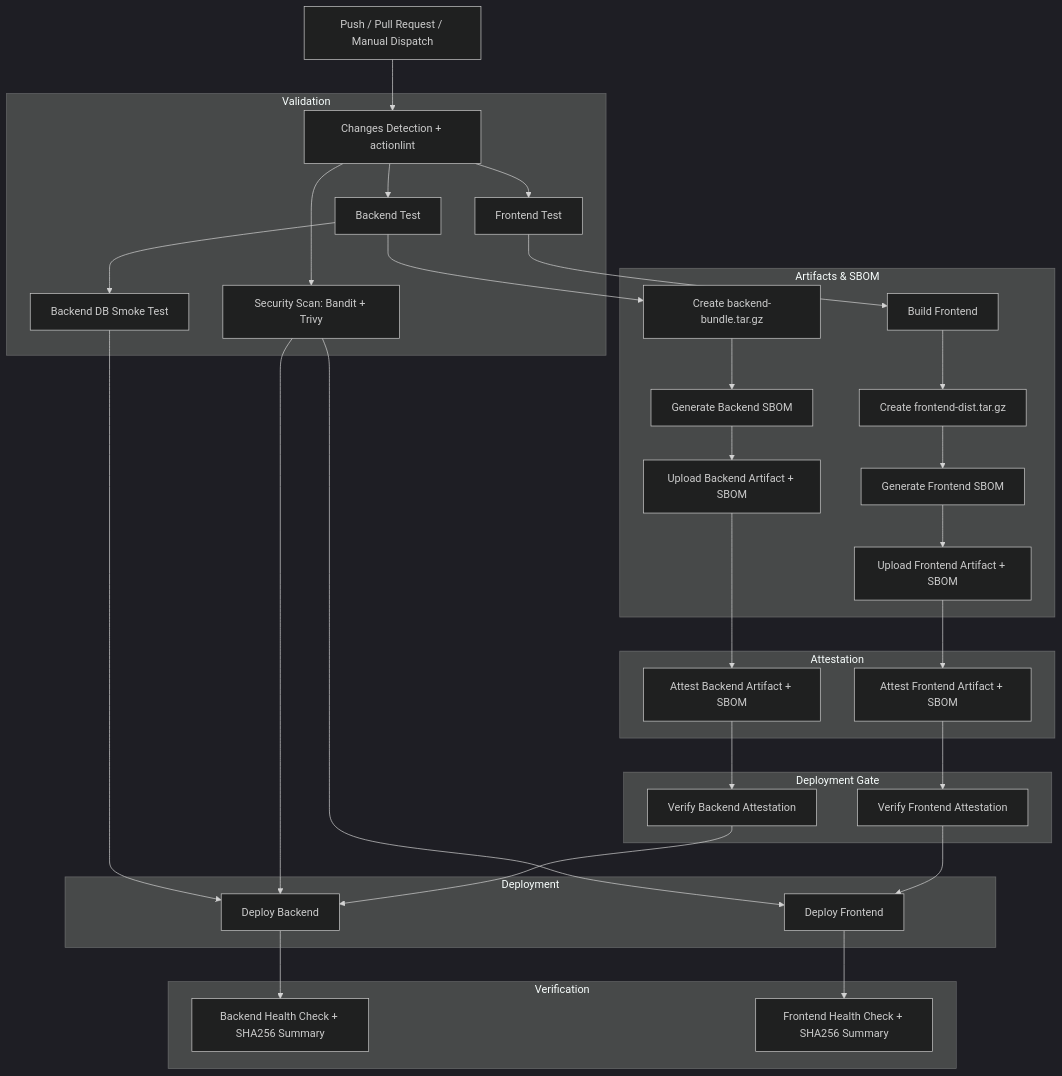
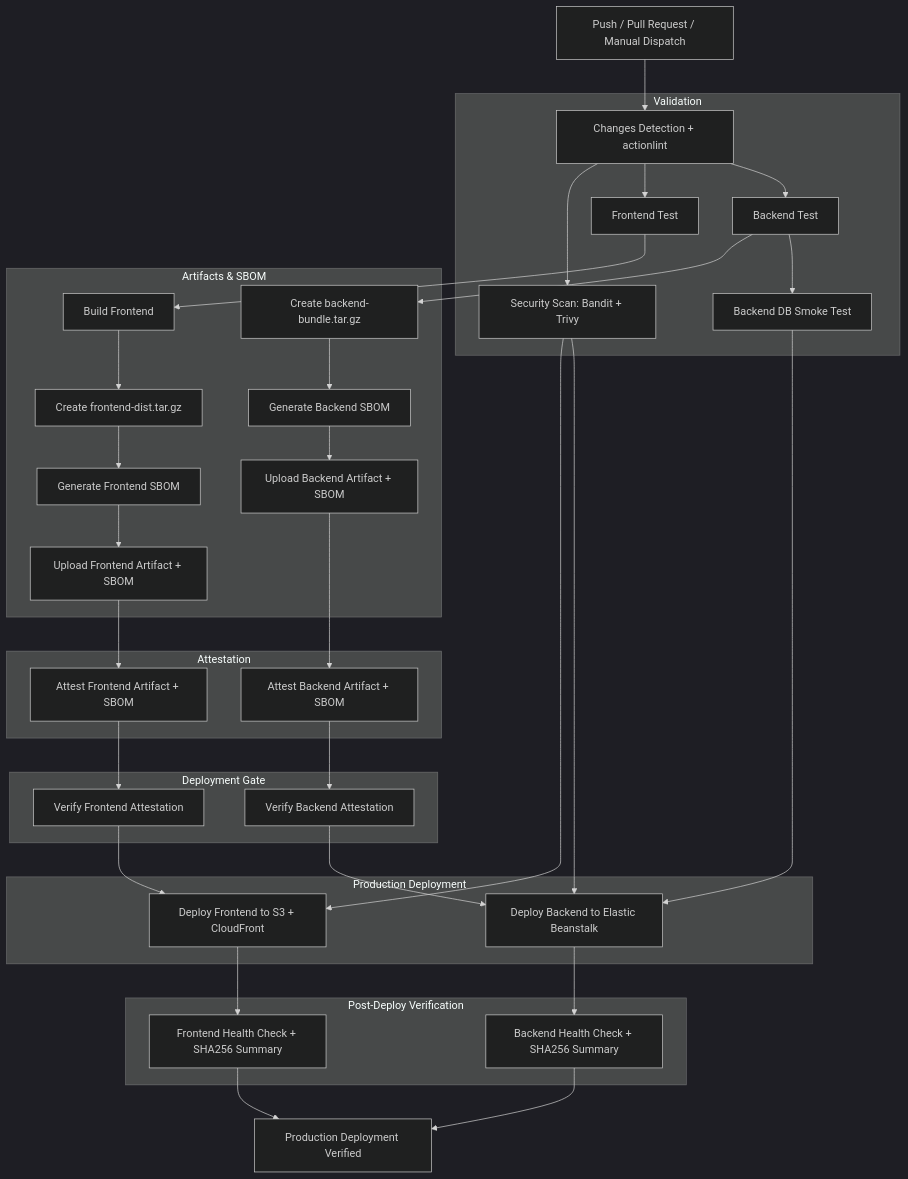
Before and after one commit to GearJP2/agriscan-pro: the first of 3 diagrams in docs/CI_Security_Workflow.md, drawn with Mermaid (dark theme). The commit also changed other lines of this file, not shown here.

First line of the commit message:
docs: update CI/CD security workflow status and diagrams

````diff
--- a/docs/CI_Security_Workflow.md
+++ b/docs/CI_Security_Workflow.md
@@ -518,45 +563,48 @@
 ```mermaid
 graph TD
     A[Push / Pull Request / Manual Dispatch] --> B[Changes Detection + actionlint]
 
-    subgraph "Validation"
+    subgraph V[Validation]
         B --> C[Backend Test]
         B --> D[Frontend Test]
         B --> E[Security Scan: Bandit + Trivy]
         C --> F[Backend DB Smoke Test]
     end
 
-    subgraph "Artifacts & SBOM"
+    subgraph AS[Artifacts & SBOM]
         C --> C1[Create backend-bundle.tar.gz]
         C1 --> C2[Generate Backend SBOM]
         C2 --> C3[Upload Backend Artifact + SBOM]
 
         D --> D1[Build Frontend]
         D1 --> D2[Create frontend-dist.tar.gz]
         D2 --> D3[Generate Frontend SBOM]
         D3 --> D4[Upload Frontend Artifact + SBOM]
     end
 
-    subgraph "Attestation"
+    subgraph AT[Attestation]
         C3 --> AB[Attest Backend Artifact + SBOM]
         D4 --> AF[Attest Frontend Artifact + SBOM]
     end
 
-    subgraph "Deployment Gate"
+    subgraph DG[Deployment Gate]
         AB --> VB[Verify Backend Attestation]
         AF --> VF[Verify Frontend Attestation]
     end
 
-    subgraph "Deployment"
-        VB --> G[Deploy Backend]
-        VF --> H[Deploy Frontend]
+    subgraph DEP[Production Deployment]
+        VB --> G[Deploy Backend to Elastic Beanstalk]
+        VF --> H[Deploy Frontend to S3 + CloudFront]
         E --> G
         E --> H
         F --> G
     end
 
-    subgraph "Verification"
+    subgraph PV[Post-Deploy Verification]
         G --> I[Backend Health Check + SHA256 Summary]
         H --> J[Frontend Health Check + SHA256 Summary]
     end
+
+    I --> K[Production Deployment Verified]
+    J --> K
 ```
````
